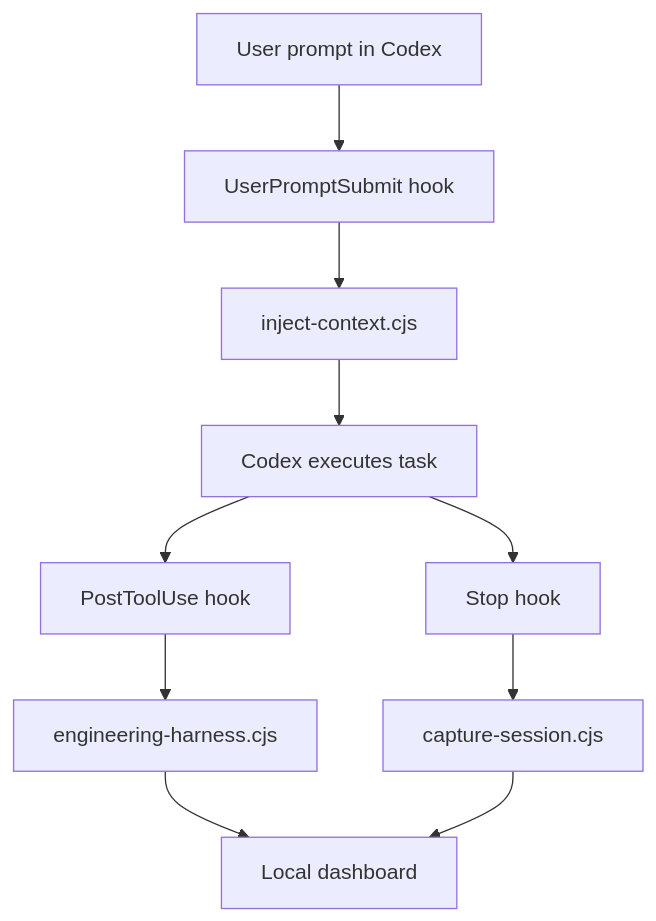
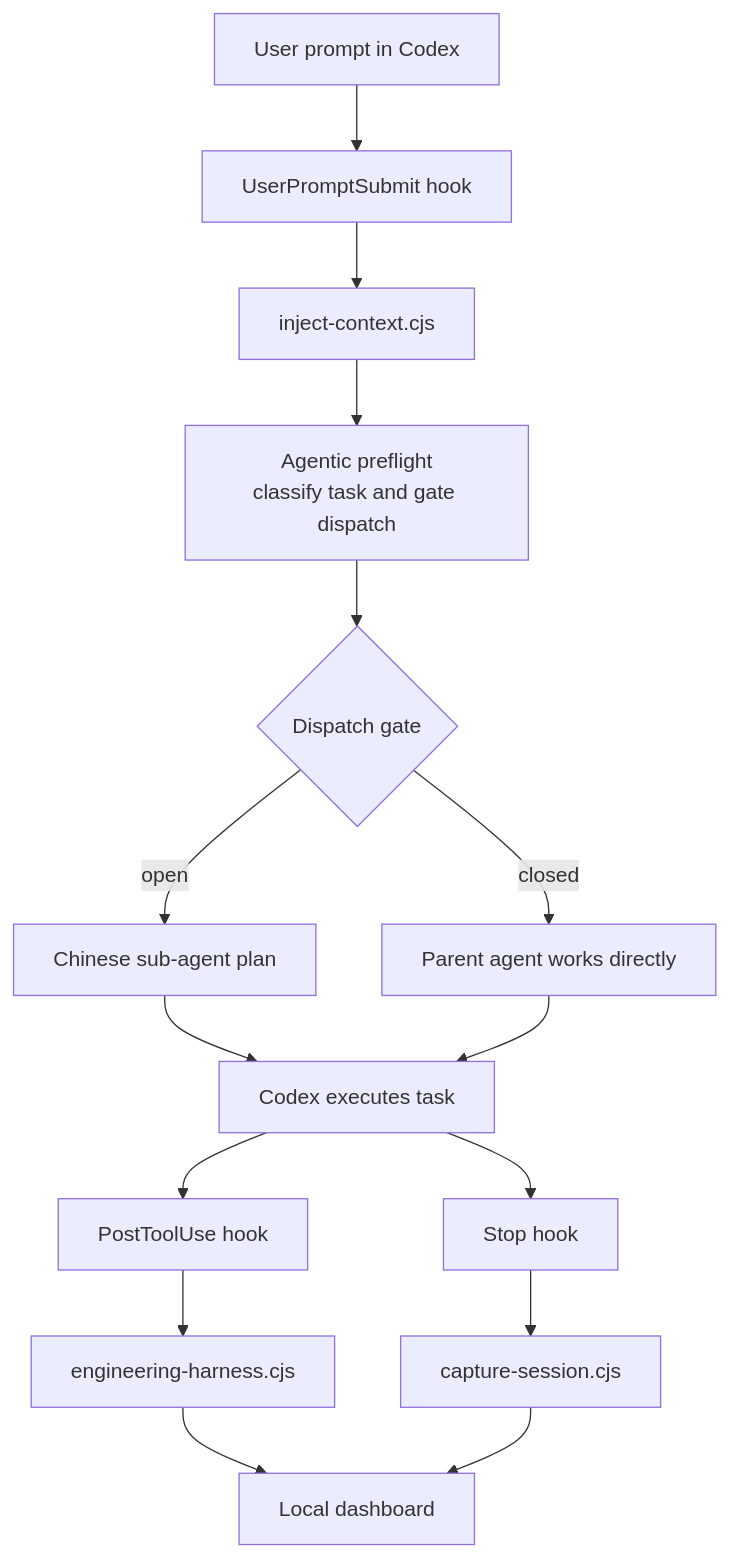
The first of 2 diagrams in docs/ARCHITECTURE.md (liuanye9-lab/codex-os-brain), drawn with Mermaid before and after one commit. The commit also changed other lines of this file and 13 other files, not shown here.

Commit message:
Add global agentic coding dispatch

````diff
--- a/docs/ARCHITECTURE.md
+++ b/docs/ARCHITECTURE.md
@@ -7,12 +7,17 @@
 ```mermaid
 flowchart TD
   A["User prompt in Codex"] --> B["UserPromptSubmit hook"]
   B --> C["inject-context.cjs"]
-  C --> D["Codex executes task"]
-  D --> E["PostToolUse hook"]
-  E --> F["engineering-harness.cjs"]
-  D --> G["Stop hook"]
-  G --> H["capture-session.cjs"]
-  F --> I["Local dashboard"]
-  H --> I
+  C --> D["Agentic preflight\nclassify task and gate dispatch"]
+  D --> E{"Dispatch gate"}
+  E -->|"open"| F["Chinese sub-agent plan"]
+  E -->|"closed"| G["Parent agent works directly"]
+  F --> H["Codex executes task"]
+  G --> H
+  H --> I["PostToolUse hook"]
+  I --> J["engineering-harness.cjs"]
+  H --> K["Stop hook"]
+  K --> L["capture-session.cjs"]
+  J --> M["Local dashboard"]
+  L --> M
 ```
````
